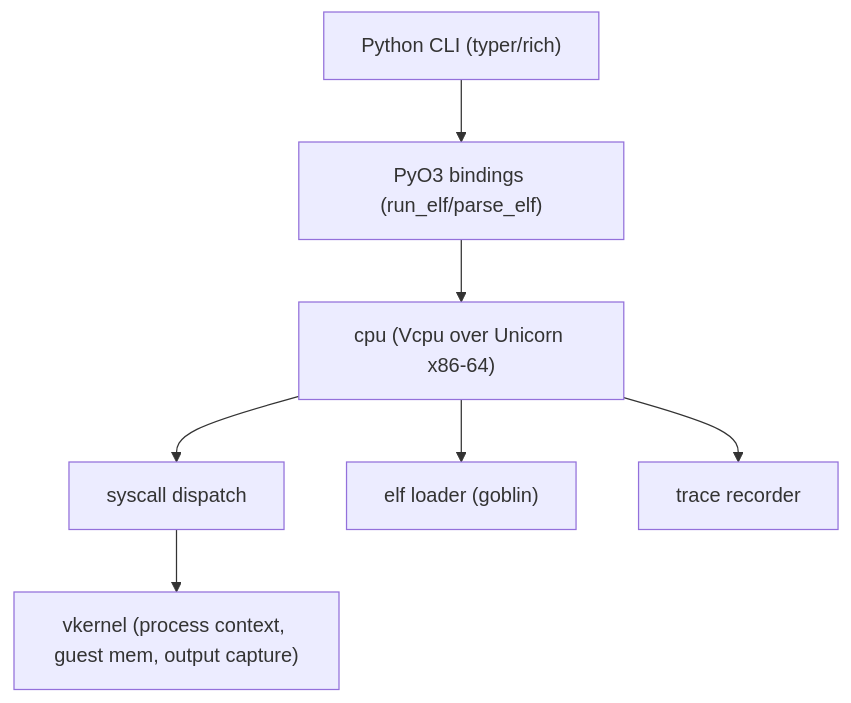
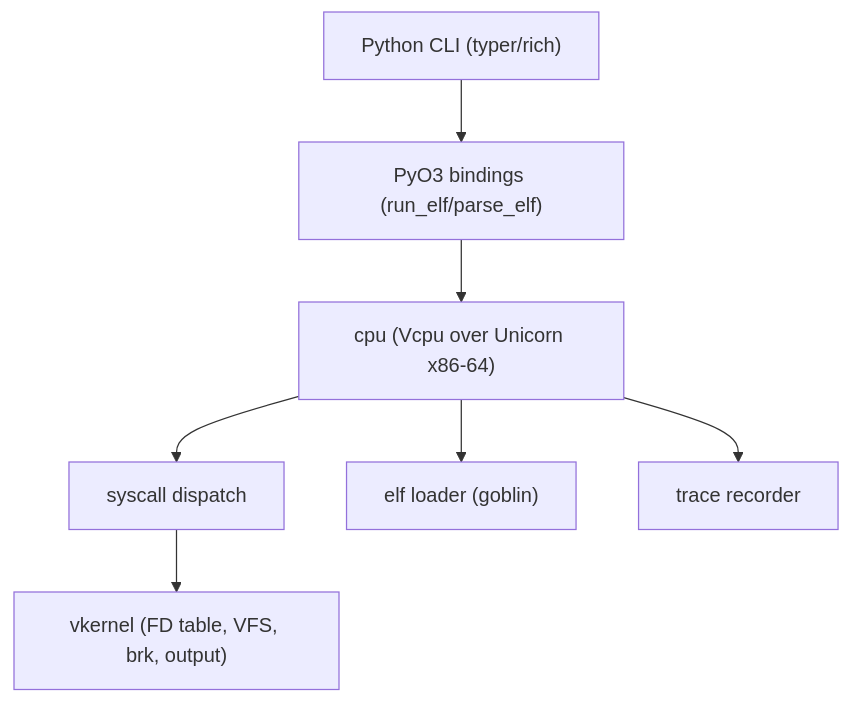
Before and after one commit to TSVMV/winVpwn: the diagram in docs/architecture.md, drawn with Mermaid. The commit also changed other lines of this file and 27 other files, not shown here.

````diff
--- a/docs/architecture.md
+++ b/docs/architecture.md
@@ -9,9 +9,9 @@
 ```mermaid
 graph TD
     A["Python CLI (typer/rich)"] --> B["PyO3 bindings (run_elf/parse_elf)"]
     B --> C["cpu (Vcpu over Unicorn x86-64)"]
     C --> D["syscall dispatch"]
-    D --> E["vkernel (process context, guest mem, output capture)"]
+    D --> E["vkernel (FD table, VFS, brk, output)"]
     C --> F["elf loader (goblin)"]
     C --> G["trace recorder"]
 ```
````
